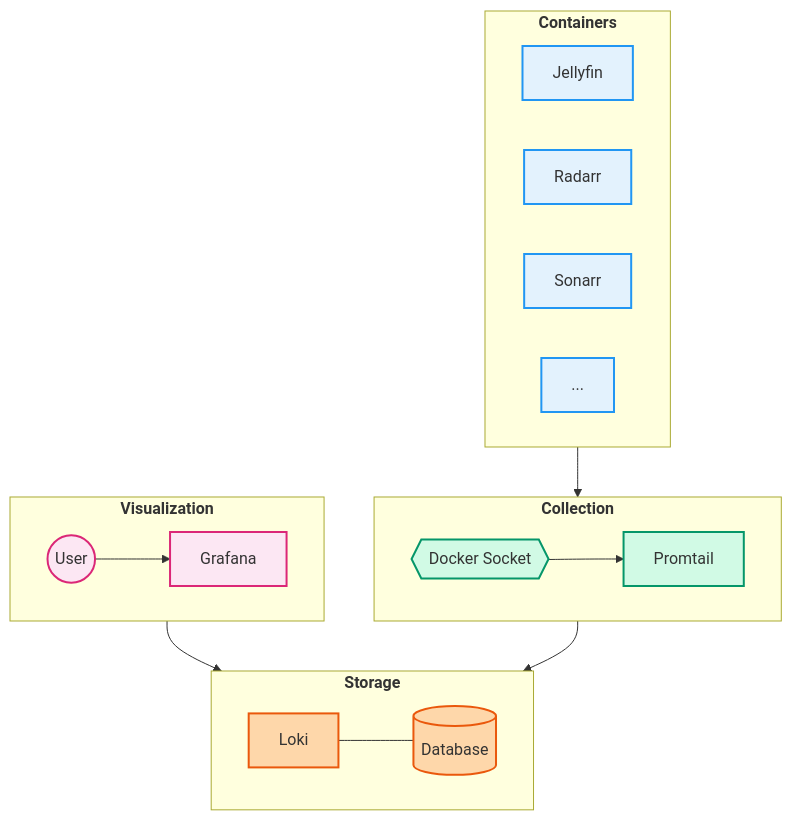
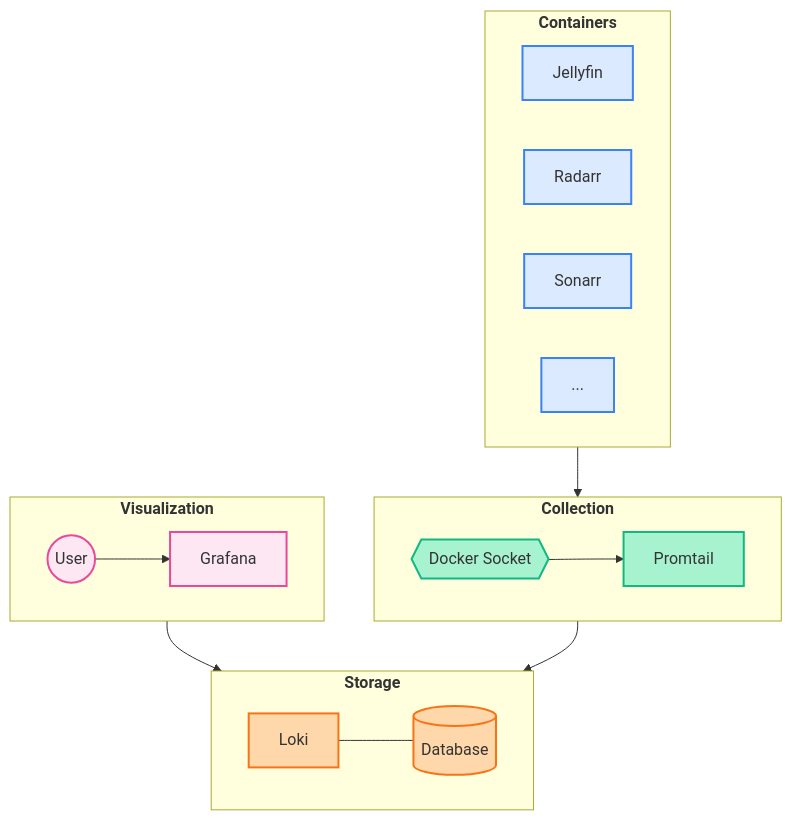
Before and after one commit to Mykyta-Home-Server/homeserver: the first of 3 diagrams in docs-site/src/content/docs/guides/monitoring.mdx, drawn with Mermaid. The commit also changed other lines of this file and 2 other files, not shown here.

First line of the commit message:
Fix Mermaid diagrams: broken shapes and consistent color palette

````diff
--- a/docs-site/src/content/docs/guides/monitoring.mdx
+++ b/docs-site/src/content/docs/guides/monitoring.mdx
@@ -12,45 +12,45 @@
 ```mermaid
 flowchart TB
     subgraph containers["`**Containers**`"]
         direction LR
         C1@{ shape: rect, label: "Jellyfin" }
         C2@{ shape: rect, label: "Radarr" }
         C3@{ shape: rect, label: "Sonarr" }
         C4@{ shape: rect, label: "..." }
     end
 
     subgraph collection["`**Collection**`"]
         direction LR
         Socket@{ shape: hex, label: "Docker Socket" }
         Promtail@{ shape: rect, label: "Promtail" }
     end
 
     subgraph storage["`**Storage**`"]
         direction LR
         Loki@{ shape: rect, label: "Loki" }
         Data@{ shape: cyl, label: "Database" }
     end
 
     subgraph viz["`**Visualization**`"]
         direction LR
         User@{ shape: circle, label: "User" }
         Grafana@{ shape: rect, label: "Grafana" }
     end
 
     containers --> Socket
     Socket --> Promtail
     Promtail --> Loki
     Loki --- Data
     User --> Grafana
     Grafana --> Loki
 
-    classDef containerStyle fill:#e3f2fd,stroke:#2196f3,stroke-width:2px
-    classDef collectionStyle fill:#d1fae5,stroke:#059669,stroke-width:2px
-    classDef storageStyle fill:#fed7aa,stroke:#ea580c,stroke-width:2px
-    classDef vizStyle fill:#fce7f3,stroke:#db2777,stroke-width:2px
+    classDef containerStyle fill:#dbeafe,stroke:#3b82f6,stroke-width:2px
+    classDef collectionStyle fill:#a7f3d0,stroke:#10b981,stroke-width:2px
+    classDef storageStyle fill:#fed7aa,stroke:#f97316,stroke-width:2px
+    classDef vizStyle fill:#fce7f3,stroke:#ec4899,stroke-width:2px
 
     class C1,C2,C3,C4 containerStyle
     class Socket,Promtail collectionStyle
     class Loki,Data storageStyle
     class Grafana,User vizStyle
 ```
````
